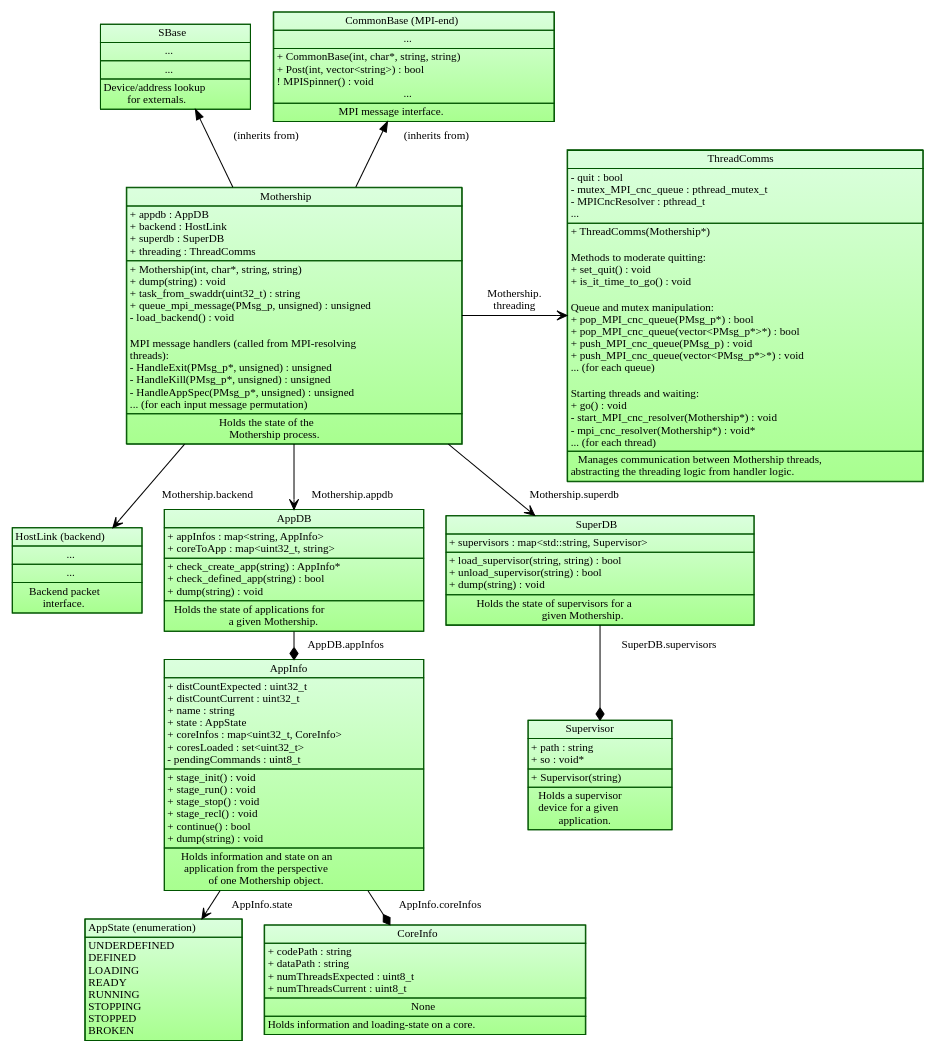
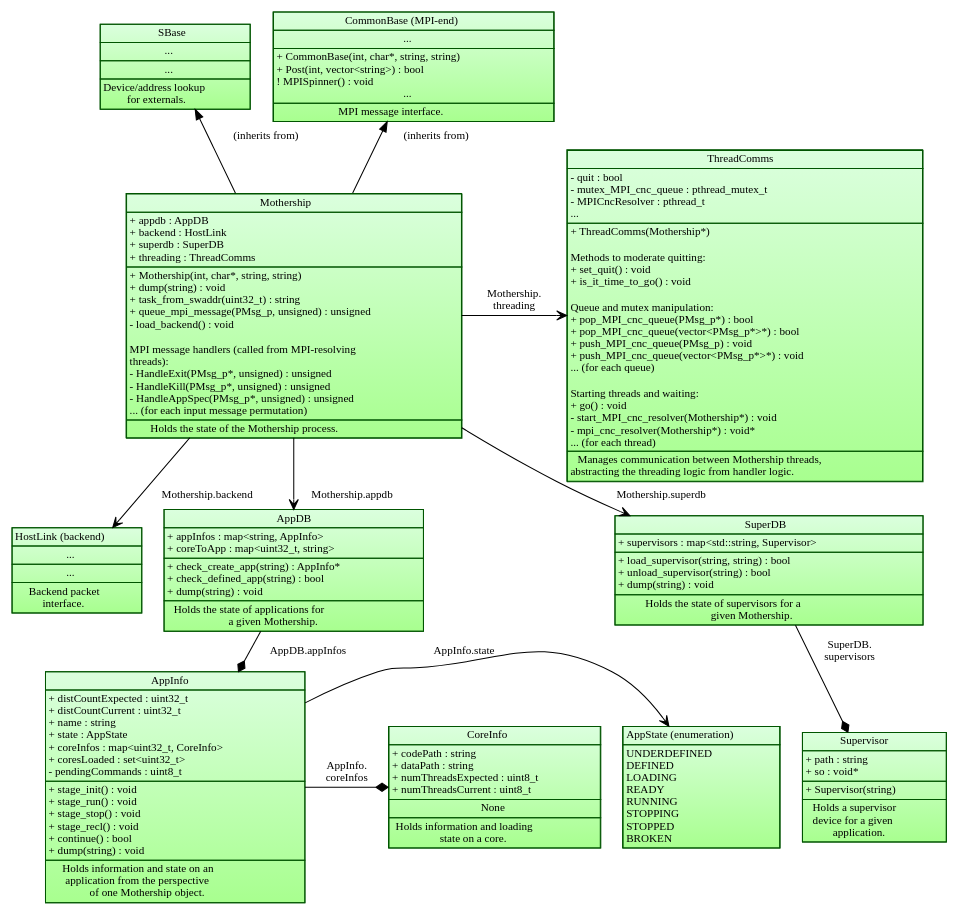
The diagram in images/source/mothership_data_structure.dot (POETSII/orchestrator-documentation), drawn with Graphviz before and after one commit.

Commit message:
Data structure reorganisation.

```diff
--- a/images/source/mothership_data_structure.dot
+++ b/images/source/mothership_data_structure.dot
@@ -70,21 +70,6 @@
 BROKEN<BR ALIGN="LEFT"/>
 </TD></TR></TABLE>>];
 
-    CoreInfo[label=<<TABLE BORDER="0" CELLBORDER="1" CELLSPACING="0">
-<TR><TD>CoreInfo</TD></TR>
-<TR><TD ALIGN="LEFT">
-+ codePath : string<BR ALIGN="LEFT"/>
-+ dataPath : string<BR ALIGN="LEFT"/>
-+ numThreadsExpected : uint8_t<BR ALIGN="LEFT"/>
-+ numThreadsCurrent : uint8_t<BR ALIGN="LEFT"/>
-</TD></TR>
-<TR><TD ALIGN="TEXT">
-None
-</TD></TR>
-<TR><TD ALIGN="TEXT">
-Holds information and loading-state on a core.<BR ALIGN="TEXT"/>
-</TD></TR></TABLE>>];
-
     AppDB[label=<<TABLE BORDER="0" CELLBORDER="1" CELLSPACING="0">
 <TR><TD>AppDB</TD></TR>
 <TR><TD ALIGN="LEFT">
@@ -124,6 +109,22 @@
 Holds information and state on an<BR ALIGN="TEXT"/>
 application from the perspective<BR ALIGN="TEXT"/>
 of one Mothership object.<BR ALIGN="TEXT"/>
+</TD></TR></TABLE>>];
+
+    CoreInfo[label=<<TABLE BORDER="0" CELLBORDER="1" CELLSPACING="0">
+<TR><TD>CoreInfo</TD></TR>
+<TR><TD ALIGN="LEFT">
++ codePath : string<BR ALIGN="LEFT"/>
++ dataPath : string<BR ALIGN="LEFT"/>
++ numThreadsExpected : uint8_t<BR ALIGN="LEFT"/>
++ numThreadsCurrent : uint8_t<BR ALIGN="LEFT"/>
+</TD></TR>
+<TR><TD ALIGN="TEXT">
+None
+</TD></TR>
+<TR><TD ALIGN="TEXT">
+Holds information and loading<BR ALIGN="TEXT"/>
+state on a core.<BR ALIGN="TEXT"/>
 </TD></TR></TABLE>>];
 
     SuperDB[label=<<TABLE BORDER="0" CELLBORDER="1" CELLSPACING="0">
@@ -178,8 +179,7 @@
 ... (for each input message permutation)<BR ALIGN="LEFT"/>
 </TD></TR>
 <TR><TD ALIGN="TEXT">
-Holds the state of the<BR ALIGN="TEXT"/>
-Mothership process.
+Holds the state of the Mothership process.
 </TD></TR></TABLE>>];
 
     ThreadComms[label=<<TABLE BORDER="0" CELLBORDER="1" CELLSPACING="0">
@@ -267,9 +267,9 @@
 
     /* One-to-many containment. */
     {edge[arrowhead="diamond"];
-        SuperDB -> Supervisor[label=" SuperDB.supervisors"];
+        SuperDB -> Supervisor[label=" SuperDB.\nsupervisors"];
         AppDB -> AppInfo[label=" AppDB.appInfos"];
-        AppInfo -> CoreInfo[label=" AppInfo.coreInfos"];
+        AppInfo -> CoreInfo[label=" AppInfo.\ncoreInfos"];
     }
 
     /* Inheritance */
@@ -283,4 +283,10 @@
         ThreadComms -> Mothership [style="invis"];
         rankdir="LR";
     }
+    {rank="same";
+        CoreInfo;
+        AppState;
+        AppInfo;
+        rankdir="LR";
+    }
 }
```
